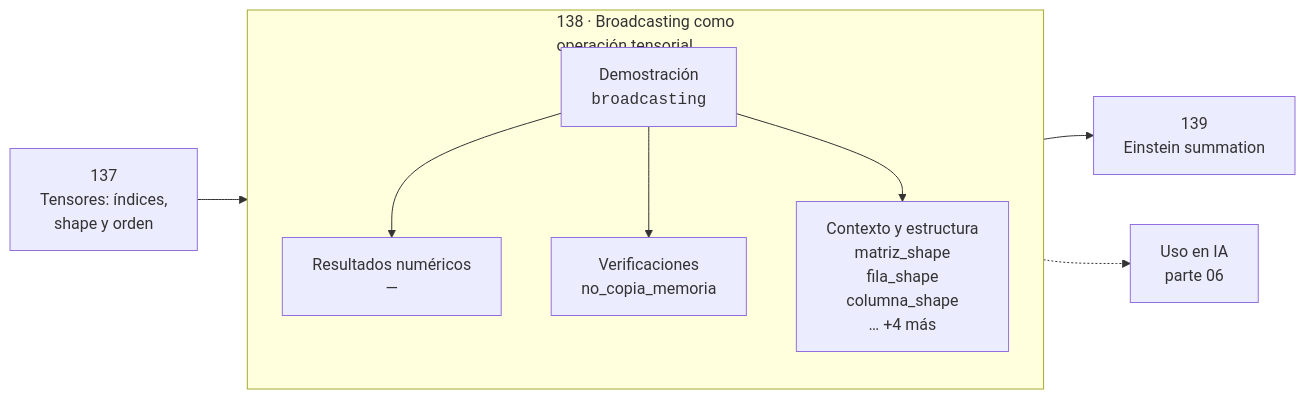
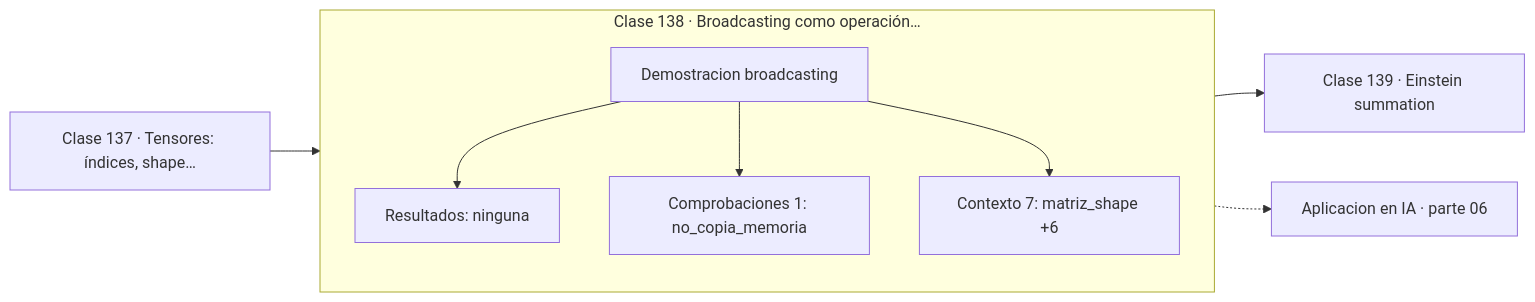
Before and after one commit to vladimiracunadev-create/computational-mathematics-program: the diagram in classes/part-06-algebra-lineal-ii-descomposiciones-y-tensores/138-broadcasting-como-operacion-tensorial/README.md, drawn with Mermaid. The commit also changed 389 other files, not shown here.

First line of the commit message:
fix(diagramas): elimina el HTML de las etiquetas Mermaid

````diff
--- a/classes/part-06-algebra-lineal-ii-descomposiciones-y-tensores/138-broadcasting-como-operacion-tensorial/README.md
+++ b/classes/part-06-algebra-lineal-ii-descomposiciones-y-tensores/138-broadcasting-como-operacion-tensorial/README.md
@@ -30,12 +30,13 @@
 ```mermaid
 flowchart LR
-    P["137<br/>Tensores: índices,<br/>shape y orden"] --> C
-    subgraph C["138 · Broadcasting como<br/>operación tensorial"]
+    P["Clase 137 · Tensores: índices, shape…"] --> D
+    subgraph CLASE["Clase 138 · Broadcasting como operación…"]
         direction TB
-        D["Demostración<br/><code>broadcasting</code>"] --> R["Resultados numéricos<br/>—"]
-        D --> V["Verificaciones<br/>no_copia_memoria"]
-        D --> O["Contexto y estructura<br/>matriz_shape<br/>fila_shape<br/>columna_shape<br/>… +4 más"]
+        D["Demostracion broadcasting"]
+        D --> R["Resultados: ninguna"]
+        D --> V["Comprobaciones 1: no_copia_memoria"]
+        D --> O["Contexto 7: matriz_shape +6"]
     end
-    C --> N["139<br/>Einstein summation"]
-    C -.-> IA["Uso en IA<br/>parte 06"]
+    R --> N["Clase 139 · Einstein summation"]
+    V -.-> IA["Aplicacion en IA · parte 06"]
 ```
````
